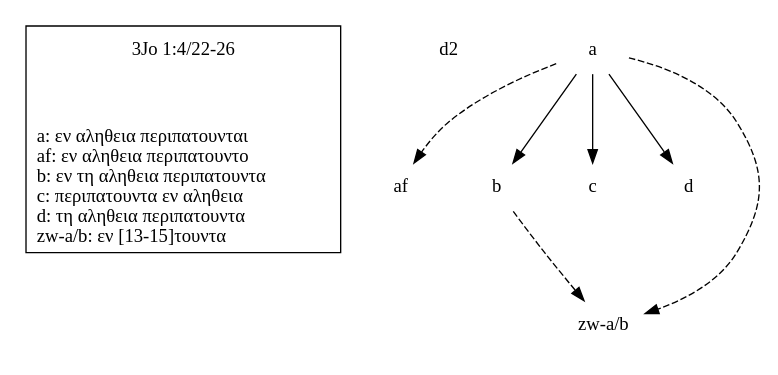
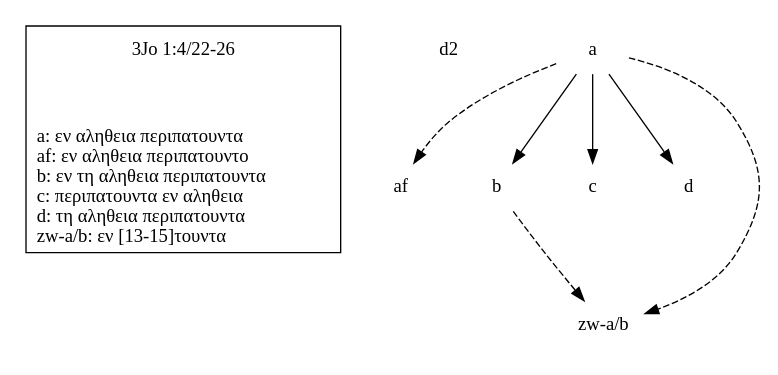
The diagram in tex/graphics/B25K1V4U22-26-local-stemma.dot (jjmccollum/open-cbgm-sbl-supplement), drawn with Graphviz before and after one commit. The commit also changed 8 other files, not shown here.

```diff
--- a/tex/graphics/B25K1V4U22-26-local-stemma.dot
+++ b/tex/graphics/B25K1V4U22-26-local-stemma.dot
@@ -1,25 +1,25 @@
 digraph local_stemma {
 	margin=0;
 	subgraph cluster_legend {
 		passage [shape=plaintext, label="3Jo 1:4/22-26"];
-		readings [shape=plaintext, label="a: εν αληθεια περιπατουνται\laf: εν αληθεια περιπατουντο\lb: εν τη αληθεια περιπατουντα\lc: περιπατουντα εν αληθεια\ld: τη αληθεια περιπατουντα\lzw-a/b: εν [13-15]τουντα\l"];
+		readings [shape=plaintext, label="a: εν αληθεια περιπατουντα\laf: εν αληθεια περιπατουντο\lb: εν τη αληθεια περιπατουντα\lc: περιπατουντα εν αληθεια\ld: τη αληθεια περιπατουντα\lzw-a/b: εν [13-15]τουντα\l"];
 		passage -> readings[style=invis];
 	}
 	subgraph cluster_plot {
 		style=invis;
 		node [shape=plaintext];
 		1 [label="a"];
 		2 [label="af"];
 		3 [label="b"];
 		4 [label="c"];
 		5 [label="d"];
 		6 [label="d2"];
 		7 [label="zw-a/b"];
 		1 -> 2[style=dashed];
 		1 -> 3[style=solid];
 		1 -> 4[style=solid];
 		1 -> 5[style=solid];
 		1 -> 7[style=dashed];
 		3 -> 7[style=dashed];
 	}
 }
```
